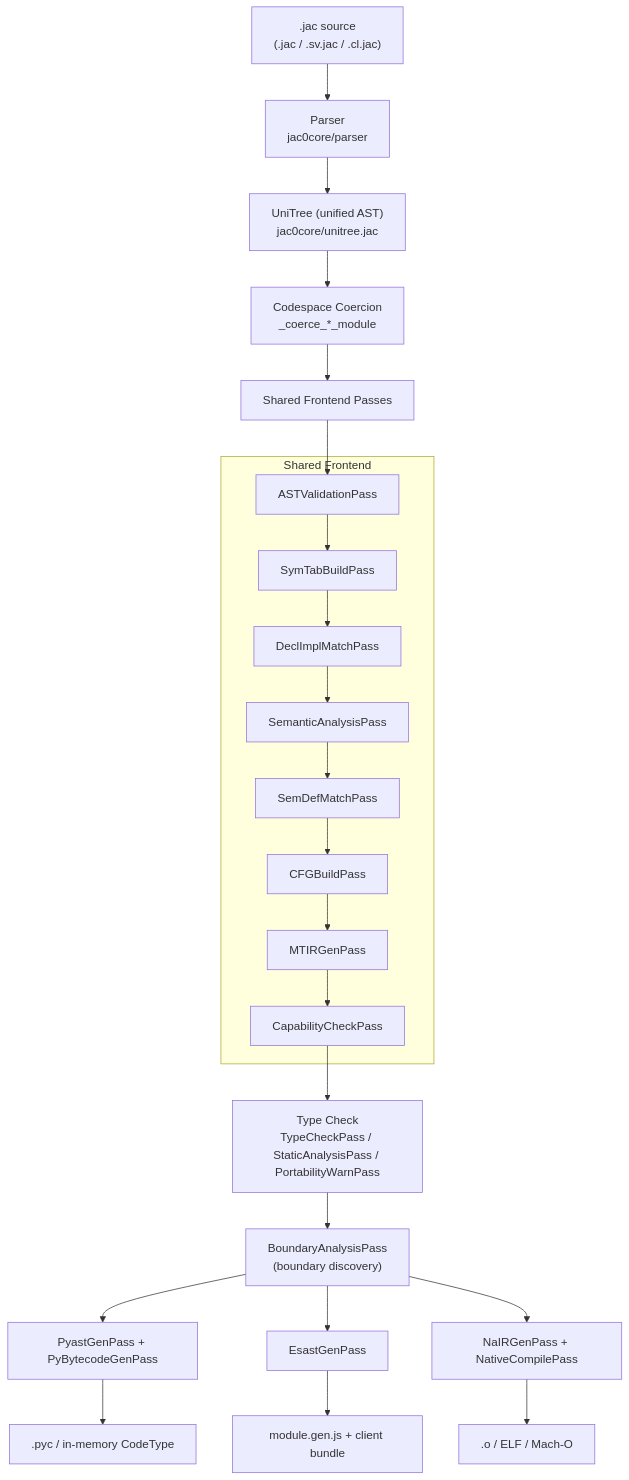
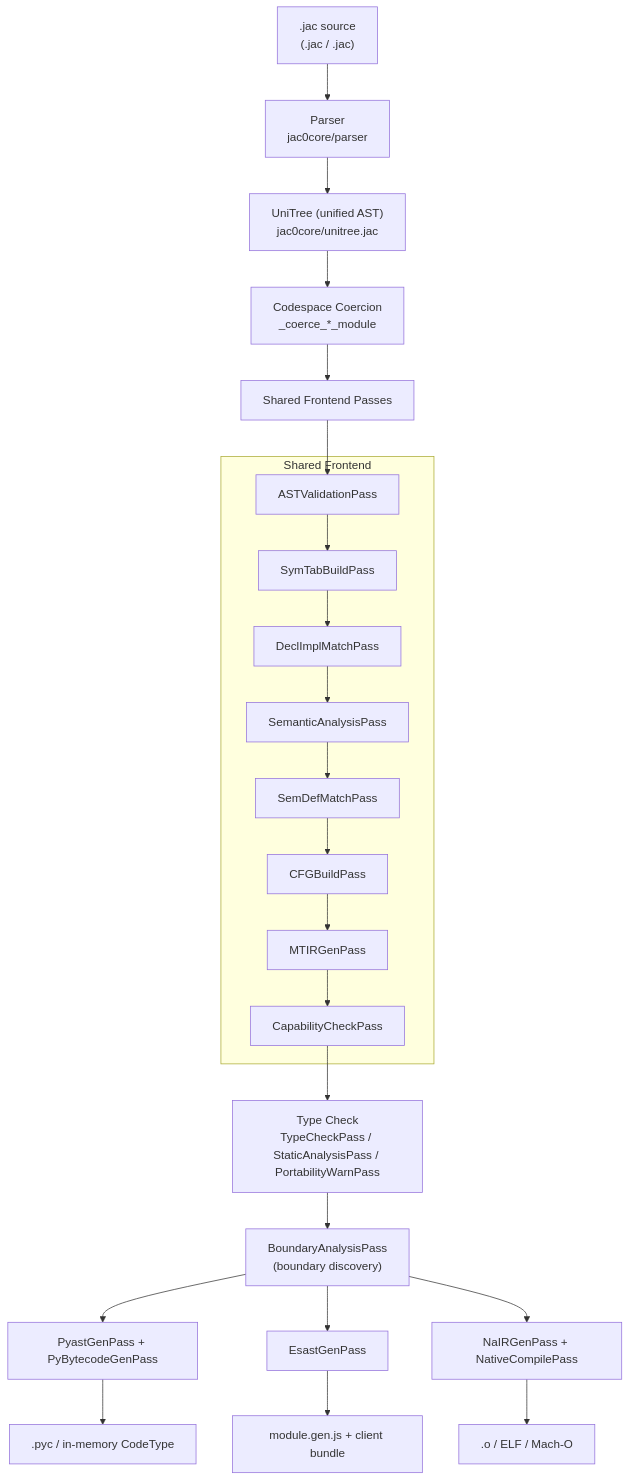
The second of 3 diagrams in jac/jaclang/cli/docs/internals/compiler_architecture.md (jaseci-labs/jaseci), drawn with Mermaid before and after one commit. The commit also changed other lines of this file and 761 other files, not shown here.

````diff
--- a/jac/jaclang/cli/docs/internals/compiler_architecture.md
+++ b/jac/jaclang/cli/docs/internals/compiler_architecture.md
@@ -96,29 +98,29 @@
 ```mermaid
 graph TD
-    SRC[".jac source<br/>(.jac / .sv.jac / .cl.jac)"] --> PARSE[Parser<br/>jac0core/parser]
+    SRC[".jac source<br/>(.jac / .jac)"] --> PARSE[Parser<br/>jac0core/parser]
     PARSE --> UNI["UniTree (unified AST)<br/>jac0core/unitree.jac"]
     UNI --> COERCE["Codespace Coercion<br/>_coerce_*_module"]
     COERCE --> FRONTEND[Shared Frontend Passes]
 
     subgraph FRONTEND_PASSES["Shared Frontend"]
         FE1[ASTValidationPass]
         FE2[SymTabBuildPass]
         FE3[DeclImplMatchPass]
         FE4[SemanticAnalysisPass]
         FE5[SemDefMatchPass]
         FE6[CFGBuildPass]
         FE7[MTIRGenPass]
         FE8[CapabilityCheckPass]
     end
 
     FRONTEND --> FE1 --> FE2 --> FE3 --> FE4 --> FE5 --> FE6 --> FE7 --> FE8
     FE8 --> TYPECK["Type Check<br/>TypeCheckPass / StaticAnalysisPass / PortabilityWarnPass"]
     TYPECK --> INTEROP["BoundaryAnalysisPass<br/>(boundary discovery)"]
     INTEROP --> SV[PyastGenPass + PyBytecodeGenPass]
     INTEROP --> CL[EsastGenPass]
     INTEROP --> NA[NaIRGenPass + NativeCompilePass]
 
     SV --> SVOUT[".pyc / in-memory CodeType"]
     CL --> CLOUT["module.gen.js + client bundle"]
     NA --> NAOUT[".o / ELF / Mach-O"]
 ```
````
